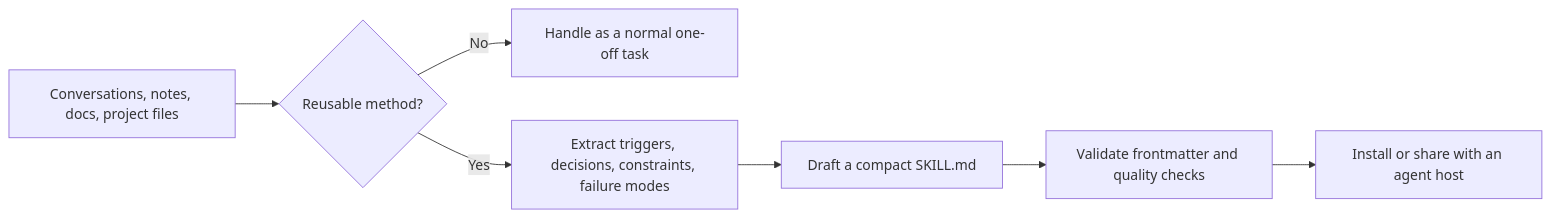
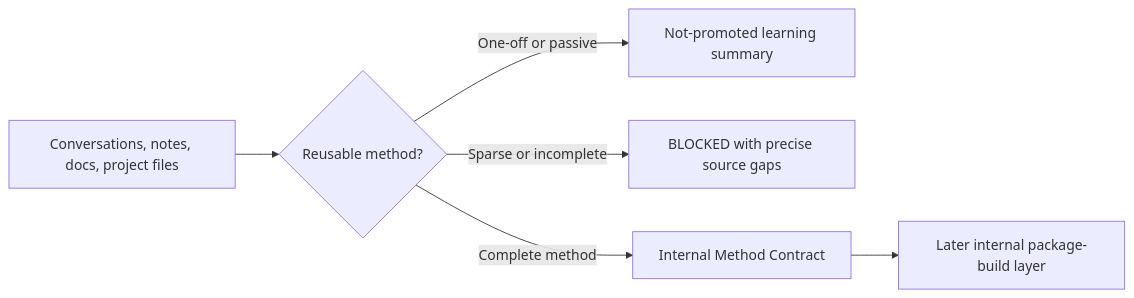
Before and after one commit to LightDevCoder/learn-anything: the diagram in README.md, drawn with Mermaid. The commit also changed other lines of this file and 10 other files, not shown here.

````diff
--- a/README.md
+++ b/README.md
@@ -100,9 +102,8 @@
 ```mermaid
 flowchart LR
     A["Conversations, notes, docs, project files"] --> B{"Reusable method?"}
-    B -->|"No"| C["Handle as a normal one-off task"]
-    B -->|"Yes"| D["Extract triggers, decisions, constraints, failure modes"]
-    D --> E["Draft a compact SKILL.md"]
-    E --> F["Validate frontmatter and quality checks"]
-    F --> G["Install or share with an agent host"]
+    B -->|"One-off or passive"| C["Not-promoted learning summary"]
+    B -->|"Sparse or incomplete"| D["BLOCKED with precise source gaps"]
+    B -->|"Complete method"| E["Internal Method Contract"]
+    E --> F["Later internal package-build layer"]
 ```
````
